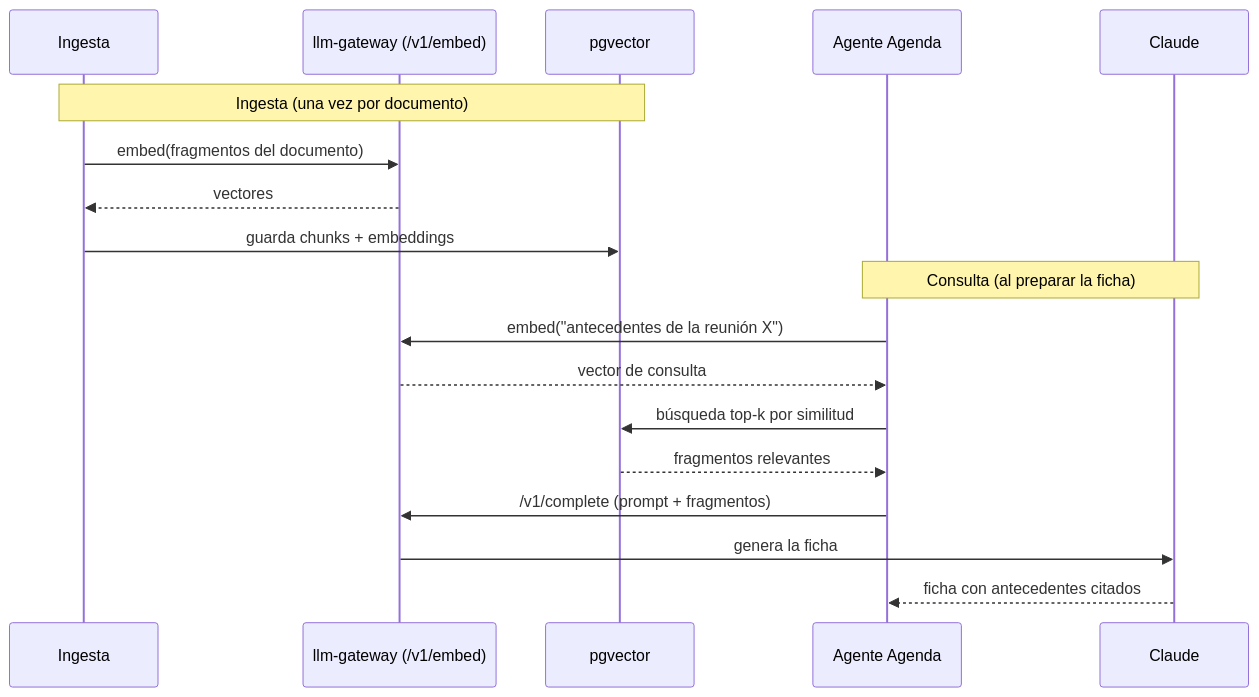
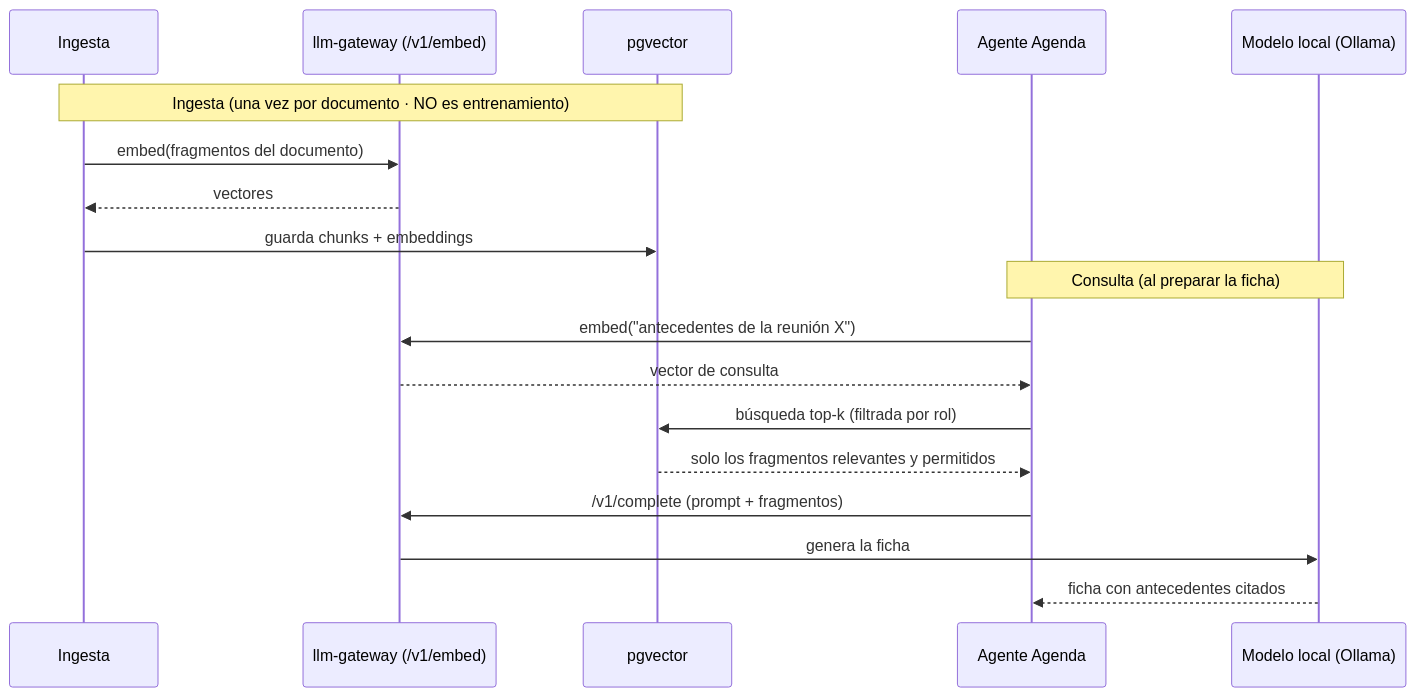
Before and after one commit to Richard7856/agentes_tai: the fifth of 6 diagrams in docs/arquitectura.md, drawn with Mermaid. The commit also changed other lines of this file, not shown here.

First line of the commit message:
Actualiza diagramas: producción IA local + roles RBAC

````diff
--- a/docs/arquitectura.md
+++ b/docs/arquitectura.md
@@ -122,22 +165,22 @@
 ```mermaid
 sequenceDiagram
     participant ING as Ingesta
     participant G as llm-gateway (/v1/embed)
     participant PG as pgvector
     participant Ag as Agente Agenda
-    participant C as Claude
+    participant M as Modelo local (Ollama)
 
-    note over ING,PG: Ingesta (una vez por documento)
+    note over ING,PG: Ingesta (una vez por documento · NO es entrenamiento)
     ING->>G: embed(fragmentos del documento)
     G-->>ING: vectores
     ING->>PG: guarda chunks + embeddings
 
-    note over Ag,C: Consulta (al preparar la ficha)
+    note over Ag,M: Consulta (al preparar la ficha)
     Ag->>G: embed("antecedentes de la reunión X")
     G-->>Ag: vector de consulta
-    Ag->>PG: búsqueda top-k por similitud
-    PG-->>Ag: fragmentos relevantes
+    Ag->>PG: búsqueda top-k (filtrada por rol)
+    PG-->>Ag: solo los fragmentos relevantes y permitidos
     Ag->>G: /v1/complete (prompt + fragmentos)
-    G->>C: genera la ficha
-    C-->>Ag: ficha con antecedentes citados
+    G->>M: genera la ficha
+    M-->>Ag: ficha con antecedentes citados
 ```
````
